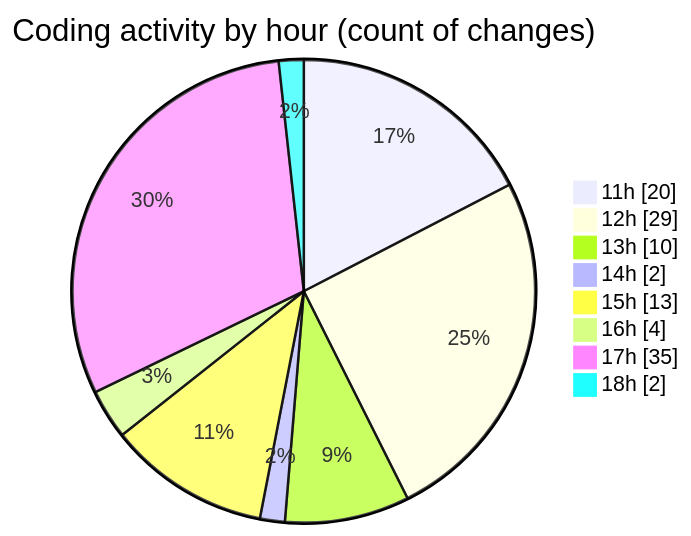
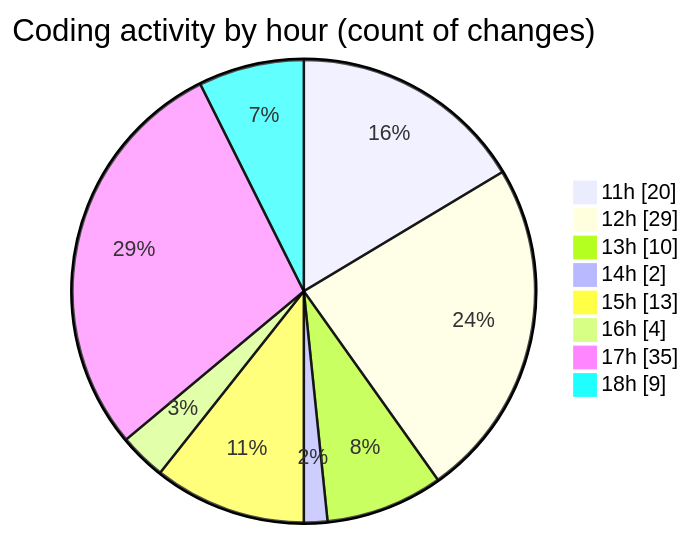
One commit to nxtqubesakshisongat/code-tracking changed the second of 2 diagrams in 2025-12-11/nxtqube_webapp/README.md. Above: the diagram before and after it, drawn with Mermaid. The commit also changed other lines of this file and 1 other file, not shown here.

````diff
--- a/2025-12-11/nxtqube_webapp/README.md
+++ b/2025-12-11/nxtqube_webapp/README.md
@@ -42,12 +42,12 @@
 ```mermaid
 pie showData
 title Coding activity by hour (count of changes)
 "11h" : 20
 "12h" : 29
 "13h" : 10
 "14h" : 2
 "15h" : 13
 "16h" : 4
 "17h" : 35
-"18h" : 2
+"18h" : 9
 ```
````
